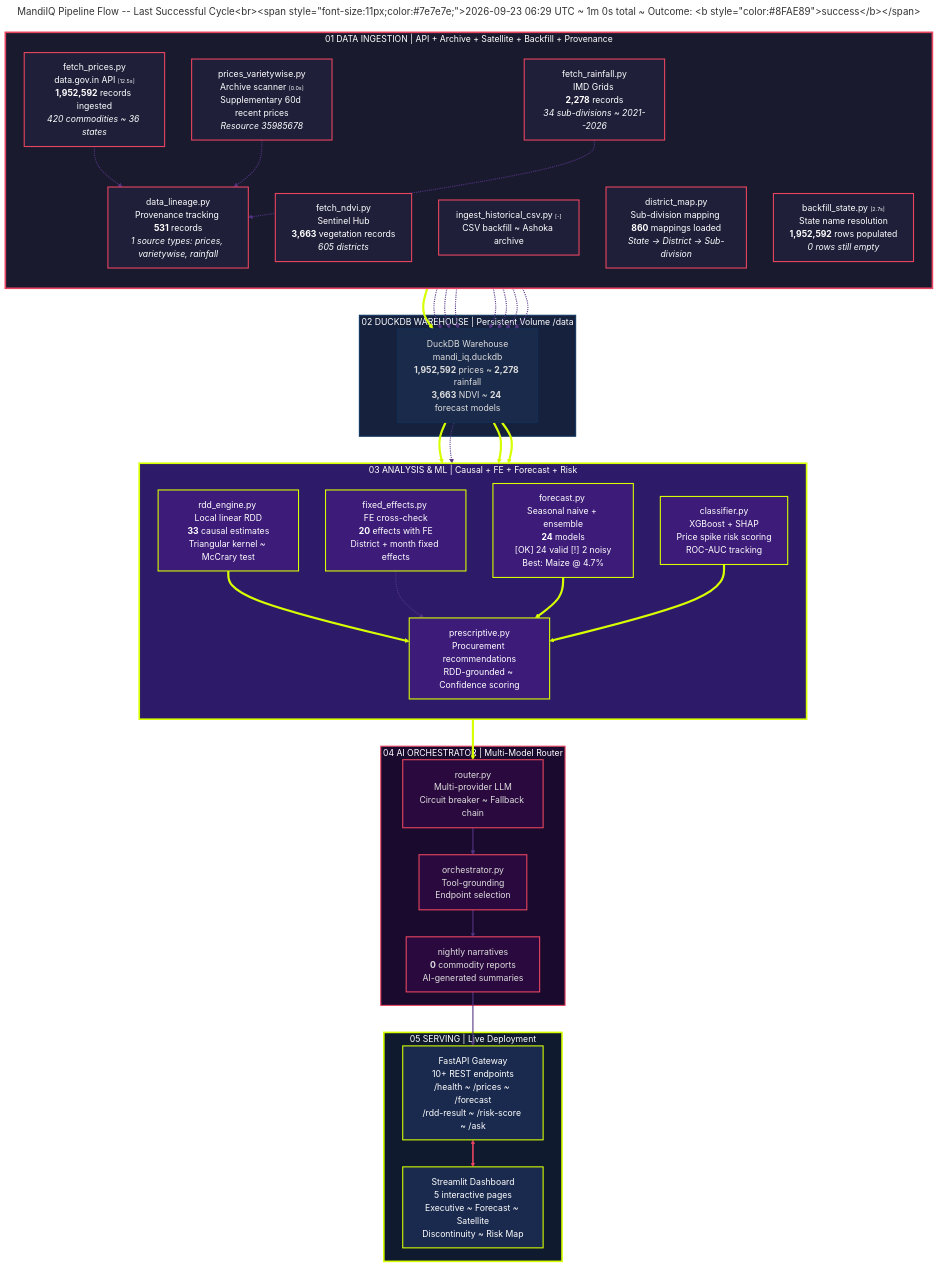
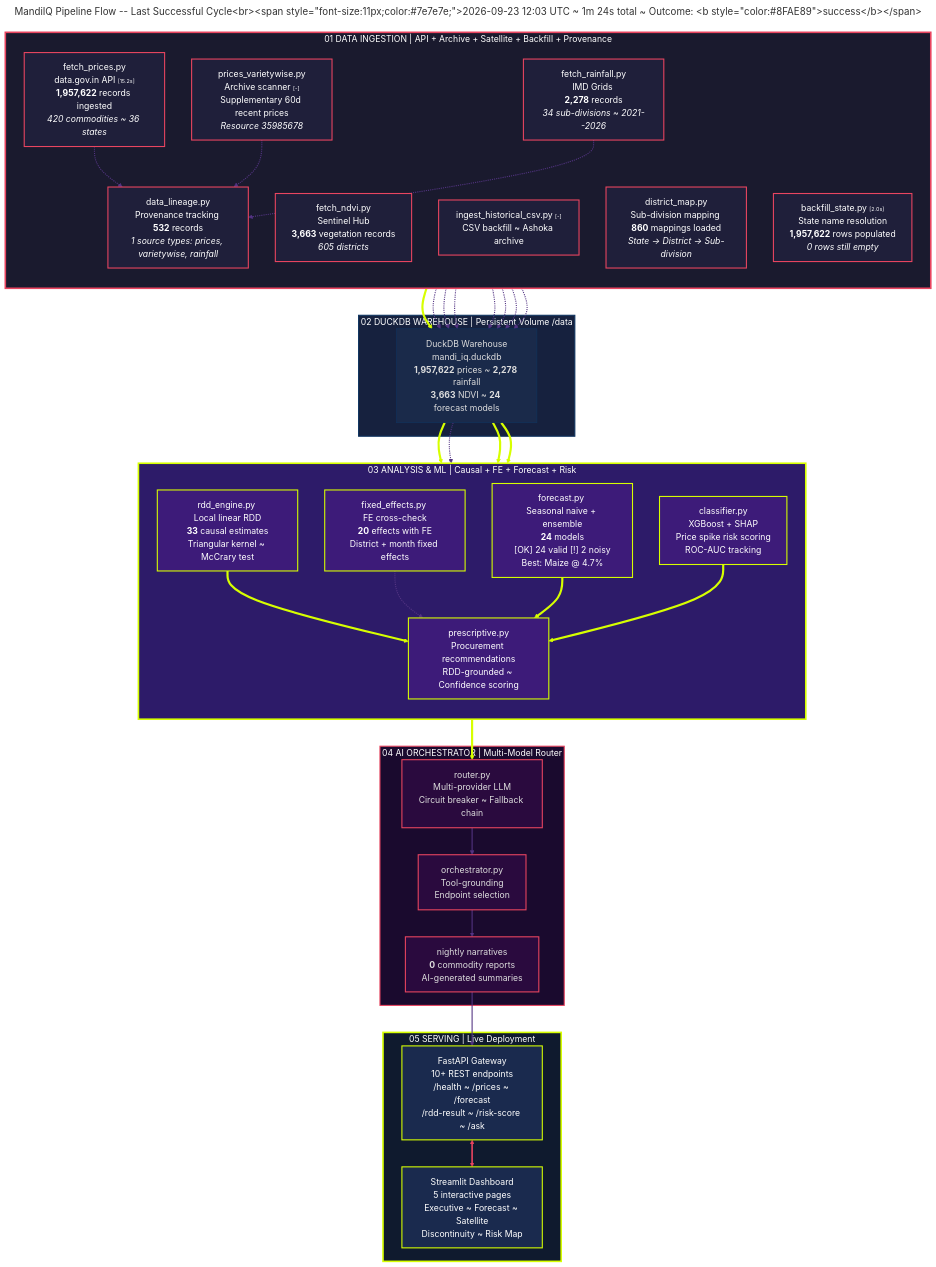
One commit to flawsom/test-mandi changed the diagram in diagrams/pipeline-flow-live.mmd. Above: the diagram before and after it, drawn with Mermaid. The commit also changed 6 other files, not shown here.

```diff
--- a/diagrams/pipeline-flow-live.mmd
+++ b/diagrams/pipeline-flow-live.mmd
@@ -1,139 +1,139 @@
 ---
-title: "MandiIQ Pipeline Flow -- Last Successful Cycle<br/><span style='font-size:11px;color:#7e7e7e;'>2026-09-23 06:29 UTC ~ 1m 0s total ~ Outcome: <b style='color:#8FAE89'>success</b></span>"
+title: "MandiIQ Pipeline Flow -- Last Successful Cycle<br/><span style='font-size:11px;color:#7e7e7e;'>2026-09-23 12:03 UTC ~ 1m 24s total ~ Outcome: <b style='color:#8FAE89'>success</b></span>"
 ---
 %%{init: {
   "theme": "dark",
   "themeVariables": {
     "primaryColor": "#1a1a2e",
     "primaryTextColor": "#ffffff",
     "primaryBorderColor": "#d7ff00",
     "lineColor": "#d7ff00",
     "secondaryColor": "#16213e",
     "tertiaryColor": "#0f3460",
     "mainBkg": "#0d0d1a",
     "nodeBorder": "#533483",
     "clusterBkg": "#0a0a12",
     "clusterBorder": "#2a2a4a",
     "titleColor": "#d7ff00",
     "edgeLabelBackground": "#0d0d1a",
     "nodeTextColor": "#ffffff",
     "fontFamily": "\"Space Grotesk\", \"Inter\", sans-serif"
   },
   "flowchart": {
     "useMaxWidth": true,
     "htmlLabels": true,
     "curve": "basis",
     "padding": 20
   }
 }%%
 flowchart TD
     %% Stage 1: DATA INGESTION
     subgraph S1["01 DATA INGESTION  | API + Archive + Satellite + Backfill + Provenance"]
         direction TB
-        A1["fetch_prices.py<br/>data.gov.in API <span style='color:#7e7e7e;font-size:10px;'>[12.5s]</span><br/><b>1,952,592</b> records ingested<br/><i>420 commodities ~ 36 states</i>"]
-        A2["prices_varietywise.py<br/>Archive scanner <span style='color:#7e7e7e;font-size:10px;'>[0.0s]</span><br/>Supplementary 60d recent prices<br/><i>Resource 35985678</i>"]
+        A1["fetch_prices.py<br/>data.gov.in API <span style='color:#7e7e7e;font-size:10px;'>[15.2s]</span><br/><b>1,957,622</b> records ingested<br/><i>420 commodities ~ 36 states</i>"]
+        A2["prices_varietywise.py<br/>Archive scanner <span style='color:#7e7e7e;font-size:10px;'>[-]</span><br/>Supplementary 60d recent prices<br/><i>Resource 35985678</i>"]
         A3["fetch_rainfall.py<br/>IMD Grids <br/><b>2,278</b> records<br/><i>34 sub-divisions ~ 2021--2026</i>"]
         A4["fetch_ndvi.py<br/>Sentinel Hub <br/><b>3,663</b> vegetation records<br/><i>605 districts</i>"]
         A5["ingest_historical_csv.py <span style='color:#7e7e7e;font-size:10px;'>[-]</span><br/>CSV backfill ~ Ashoka archive"]
         A6["district_map.py<br/>Sub-division mapping <br/><b>860</b> mappings loaded<br/><i>State -> District -> Sub-division</i>"]
-        A7["backfill_state.py <span style='color:#7e7e7e;font-size:10px;'>[2.7s]</span><br/>State name resolution<br/><b>1,952,592</b> rows populated<br/><i>0 rows still empty</i>"]
-        A8["data_lineage.py<br/>Provenance tracking <br/><b>531</b> records<br/><i>1 source types: prices, varietywise, rainfall</i>"]
+        A7["backfill_state.py <span style='color:#7e7e7e;font-size:10px;'>[2.0s]</span><br/>State name resolution<br/><b>1,957,622</b> rows populated<br/><i>0 rows still empty</i>"]
+        A8["data_lineage.py<br/>Provenance tracking <br/><b>532</b> records<br/><i>1 source types: prices, varietywise, rainfall</i>"]
     end
 
     %% Stage 2: DUCKDB WAREHOUSE
     subgraph S2["02 DUCKDB WAREHOUSE  | Persistent Volume /data"]
-        B1["DuckDB Warehouse<br/>mandi_iq.duckdb<br/><b>1,952,592</b> prices ~ <b>2,278</b> rainfall<br/><b>3,663</b> NDVI ~ <b>24</b> forecast models"]
+        B1["DuckDB Warehouse<br/>mandi_iq.duckdb<br/><b>1,957,622</b> prices ~ <b>2,278</b> rainfall<br/><b>3,663</b> NDVI ~ <b>24</b> forecast models"]
     end
 
     %% Stage 3: ANALYSIS & ML
     subgraph S3["03 ANALYSIS & ML  | Causal + FE + Forecast + Risk"]
         direction TB
         C1["rdd_engine.py <br/>Local linear RDD<br/><b>33</b> causal estimates<br/>Triangular kernel ~ McCrary test"]
         C2["fixed_effects.py <br/>FE cross-check<br/><b>20</b> effects with FE<br/>District + month fixed effects"]
         C3["forecast.py <br/>Seasonal naive + ensemble<br/><b>24</b> models<br/><span style='color:#8FAE89'>[OK] 24 valid</span> <span style='color:#D9663B'>[!] 2 noisy</span><br/>Best: Maize @ 4.7%"]
         C4["classifier.py <br/>XGBoost + SHAP<br/>Price spike risk scoring<br/>ROC-AUC tracking"]
         C5["prescriptive.py<br/>Procurement recommendations<br/>RDD-grounded ~ Confidence scoring"]
     end
 
     %% Stage 4: AI ORCHESTRATOR
     subgraph S4["04 AI ORCHESTRATOR  | Multi-Model Router"]
         D1["router.py<br/>Multi-provider LLM<br/>Circuit breaker ~ Fallback chain"]
         D2["orchestrator.py<br/>Tool-grounding<br/>Endpoint selection"]
         D3["nightly narratives<br/><b>0</b> commodity reports<br/>AI-generated summaries"]
     end
 
     %% Stage 5: SERVING
     subgraph S5["05 SERVING  | Live Deployment"]
         E1["FastAPI Gateway<br/>10+ REST endpoints<br/>/health ~ /prices ~ /forecast<br/>/rdd-result ~ /risk-score ~ /ask"]
         E2["Streamlit Dashboard<br/>5 interactive pages<br/>Executive ~ Forecast ~ Satellite<br/>Discontinuity ~ Risk Map"]
     end
 
     %% Main flow: ingestion -> warehouse
     A1 ==> B1
     A2 -.-> B1
     A3 -.-> B1
     A4 -.-> B1
     A5 -.-> B1
     A6 -.-> B1
     A7 -.-> B1
 
     %% Main flow: ingestion -> provenance tracking
     A1 -.-> A8
     A2 -.-> A8
     A3 -.-> A8
     A8 -.-> B1
 
     %% Main flow: warehouse -> analysis
     B1 ==> C1
     B1 -.-> C2
     B1 ==> C3
     B1 ==> C4
 
     %% Main flow: analysis -> prescriptive -> AI
     C1 ==> C5
     C2 -.-> C5
     C3 ==> C5
     C4 ==> C5
 
     C5 ==> D1
     D1 ==> D2
     D2 ==> D3
     D3 ==> E1
 
     E1 <==> E2
 
     %% Edge styling: thick = primary path
     linkStyle 0,11,13,14,15,17,18,19 stroke-width:4px,stroke:#d7ff00,fill:none
     linkStyle 1,2,3,4,5,6,7,8,9,10,12,16,20,21,22 stroke-width:2px,stroke:#533483,fill:none
     linkStyle 23 stroke-width:3px,stroke:#e94560,fill:none
 
     %% Stage classes
     classDef stage1 fill:#1a1a2e,stroke:#e94560,stroke-width:3px,color:#fff
     classDef stage1Node fill:#1f1f3a,stroke:#e94560,stroke-width:2px,color:#fff
 
     classDef stage2 fill:#16213e,stroke:#0f3460,stroke-width:2px,color:#fff
     classDef stage2Node fill:#1a2a4a,stroke:#0f3460,stroke-width:1px,color:#ddd
 
     classDef stage3 fill:#2d1b69,stroke:#d7ff00,stroke-width:3px,color:#fff
     classDef stage3Node fill:#3d1b79,stroke:#d7ff00,stroke-width:2px,color:#fff
 
     classDef stage4 fill:#1a0a2e,stroke:#e94560,stroke-width:2px,color:#fff
     classDef stage4Node fill:#2a0a3e,stroke:#e94560,stroke-width:2px,color:#ddd
 
     classDef stage5 fill:#0f1a2e,stroke:#d7ff00,stroke-width:3px,color:#fff
     classDef stage5Node fill:#1a2a4e,stroke:#d7ff00,stroke-width:2px,color:#fff
 
     class S1 stage1
     class A1,A2,A3,A4,A5,A6,A7,A8 stage1Node
 
     class S2 stage2
     class B1 stage2Node
 
     class S3 stage3
     class C1,C2,C3,C4,C5 stage3Node
 
     class S4 stage4
     class D1,D2,D3 stage4Node
 
     class S5 stage5
     class E1,E2 stage5Node
```
